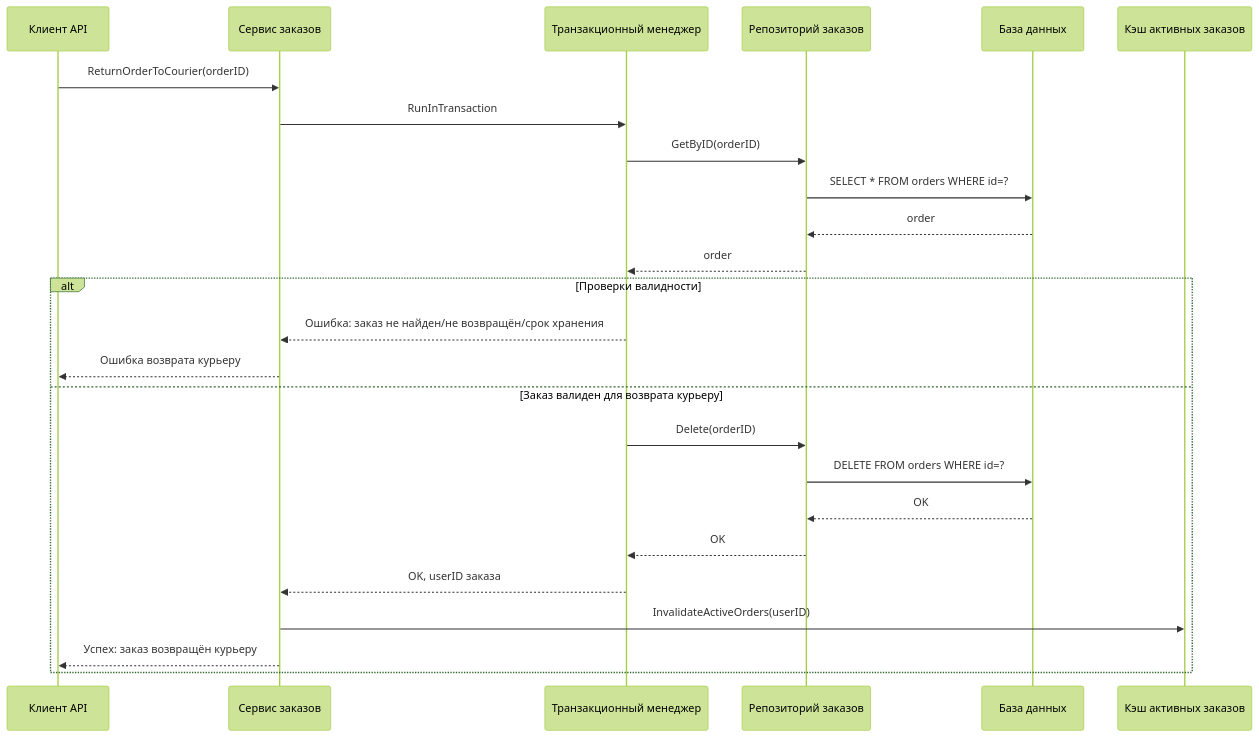
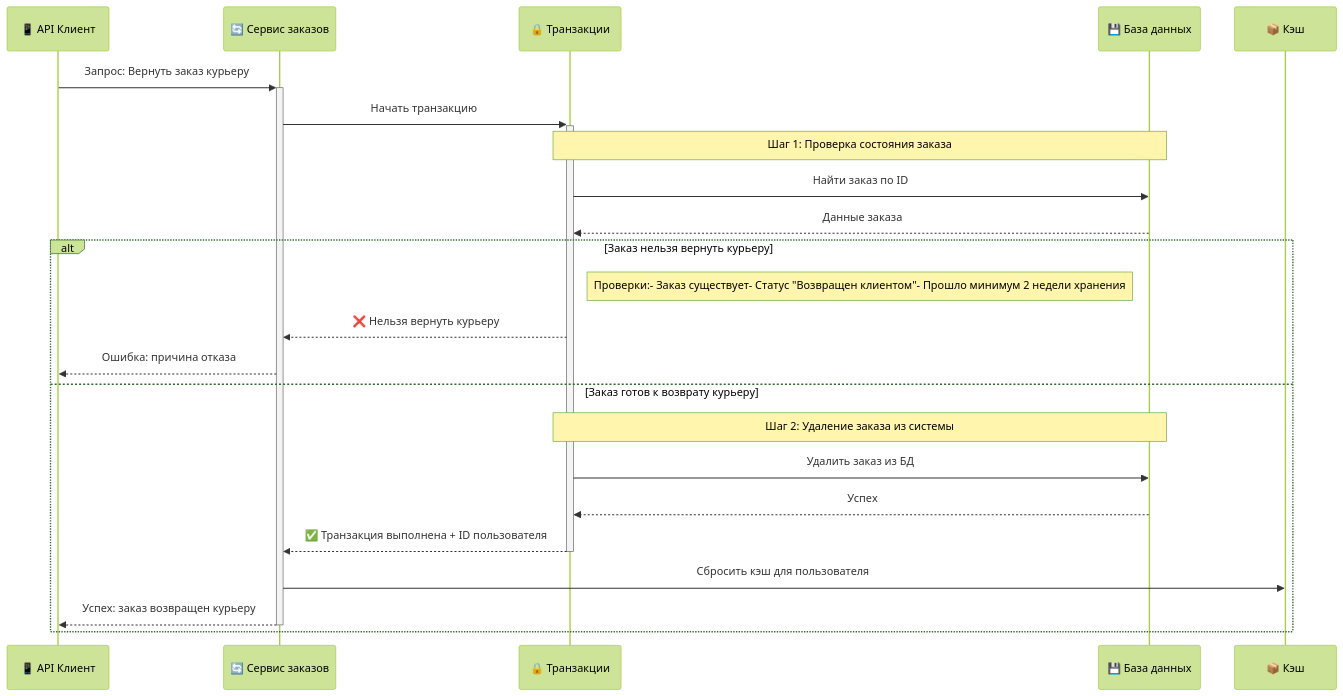
Before and after one commit to Gorney-Alex/QueueFightersGameWinForm: the fourth of 4 diagrams in README.md, drawn with Mermaid (forest theme). The commit also changed other lines of this file, not shown here.

````diff
--- a/README.md
+++ b/README.md
@@ -120,29 +121,30 @@
 ```mermaid
 sequenceDiagram
-    participant Client as Клиент API
-    participant Service as Сервис заказов
-    participant TxManager as Транзакционный менеджер
-    participant Repo as Репозиторий заказов
-    participant DB as База данных
-    participant Cache as Кэш активных заказов
+    participant Client as 📱 API Клиент
+    participant Service as 🔄 Сервис заказов
+    participant TxManager as 🔒 Транзакции
+    participant DB as 💾 База данных
+    participant Cache as 📦 Кэш
 
-    Client->>Service: ReturnOrderToCourier(orderID)
-    Service->>TxManager: RunInTransaction
-    TxManager->>Repo: GetByID(orderID)
-    Repo->>DB: SELECT * FROM orders WHERE id=?
-    DB-->>Repo: order
-    Repo-->>TxManager: order
+    Client->>+Service: Запрос: Вернуть заказ курьеру
+    Service->>+TxManager: Начать транзакцию
     
-    alt Проверки валидности
-        TxManager-->>Service: Ошибка: заказ не найден/не возвращён/срок хранения
-        Service-->>Client: Ошибка возврата курьеру
-    else Заказ валиден для возврата курьеру
-        TxManager->>Repo: Delete(orderID)
-        Repo->>DB: DELETE FROM orders WHERE id=?
-        DB-->>Repo: OK
-        Repo-->>TxManager: OK
-        TxManager-->>Service: OK, userID заказа
-        Service->>Cache: InvalidateActiveOrders(userID)
-        Service-->>Client: Успех: заказ возвращён курьеру
+    Note over TxManager,DB: Шаг 1: Проверка состояния заказа
+    TxManager->>DB: Найти заказ по ID
+    DB-->>TxManager: Данные заказа
+    
+    alt Заказ нельзя вернуть курьеру
+        Note right of TxManager: Проверки:- Заказ существует- Статус "Возвращен клиентом"- Прошло минимум 2 недели хранения
+        TxManager-->>Service: ❌ Нельзя вернуть курьеру
+        Service-->>Client: Ошибка: причина отказа
+    else Заказ готов к возврату курьеру
+        Note over TxManager,DB: Шаг 2: Удаление заказа из системы
+        
+        TxManager->>DB: Удалить заказ из БД
+        DB-->>TxManager: Успех
+        TxManager-->>-Service: ✅ Транзакция выполнена + ID пользователя
+        
+        Service->>Cache: Сбросить кэш для пользователя
+        Service-->>-Client: Успех: заказ возвращен курьеру
     end
 ```
````
